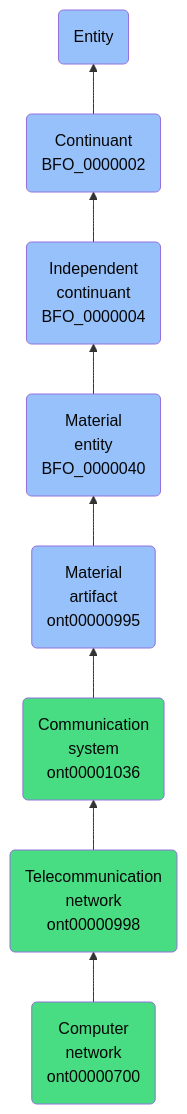
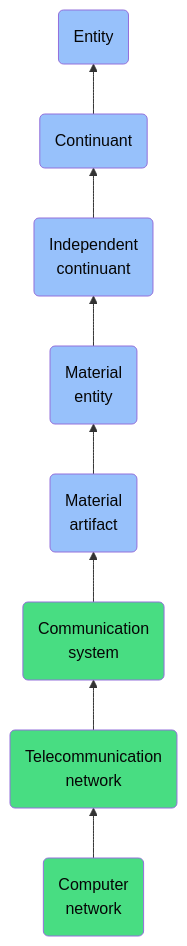
One commit to jupyter-naas/abi changed the diagram in docs/ontology/reference/model/Entity/Continuant/Independent continuant/Material entity/Material artifact/Communication system/Telecommunication network/Computer network/Computer network.md. Above: the diagram before and after it, drawn with Mermaid. The commit also changed other lines of this file and 1430 other files, not shown here.

````diff
--- a/docs/ontology/reference/model/Entity/Continuant/Independent continuant/Material entity/Material artifact/Communication system/Telecommunication network/Computer network/Computer network.md
+++ b/docs/ontology/reference/model/Entity/Continuant/Independent continuant/Material entity/Material artifact/Communication system/Telecommunication network/Computer network/Computer network.md
@@ -24,15 +24,15 @@
 ```mermaid
 graph BT
-    ont00000700(Computer<br>network<br>ont00000700):::ABI-->ont00000998
-    ont00000998(Telecommunication<br>network<br>ont00000998):::ABI-->ont00001036
-    ont00001036(Communication<br>system<br>ont00001036):::ABI-->ont00000995
-    ont00000995(Material<br>artifact<br>ont00000995):::BFO-->BFO_0000040
-    BFO_0000040(Material<br>entity<br>BFO_0000040):::BFO-->BFO_0000004
-    BFO_0000004(Independent<br>continuant<br>BFO_0000004):::BFO-->BFO_0000002
-    BFO_0000002(Continuant<br>BFO_0000002):::BFO-->BFO_0000001
+    ont00000700(Computer<br>network):::ABI-->ont00000998
+    ont00000998(Telecommunication<br>network):::ABI-->ont00001036
+    ont00001036(Communication<br>system):::ABI-->ont00000995
+    ont00000995(Material<br>artifact):::BFO-->BFO_0000040
+    BFO_0000040(Material<br>entity):::BFO-->BFO_0000004
+    BFO_0000004(Independent<br>continuant):::BFO-->BFO_0000002
+    BFO_0000002(Continuant):::BFO-->BFO_0000001
     BFO_0000001(Entity):::BFO
     
     classDef BFO fill:#97c1fb,color:#060606
     classDef CCO fill:#e4c51e,color:#060606
     classDef ABI fill:#48DD82,color:#060606
 ```
````
